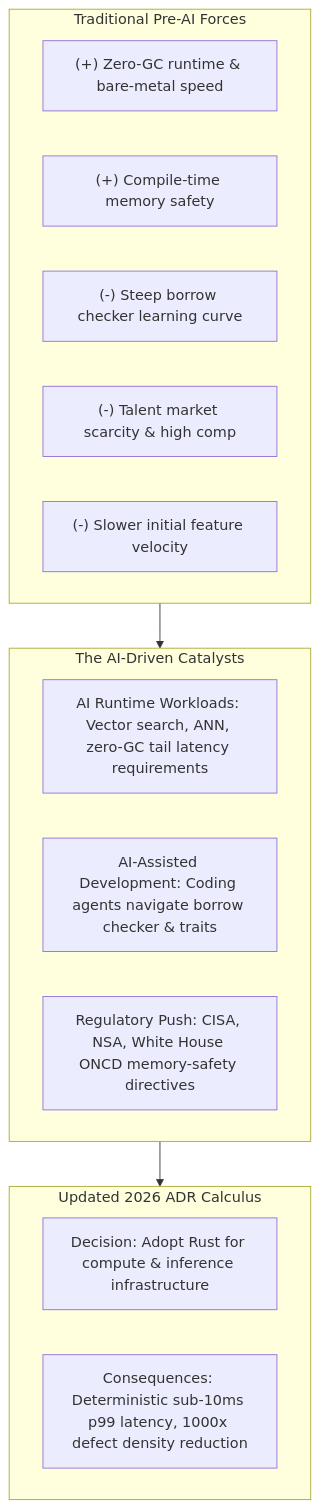
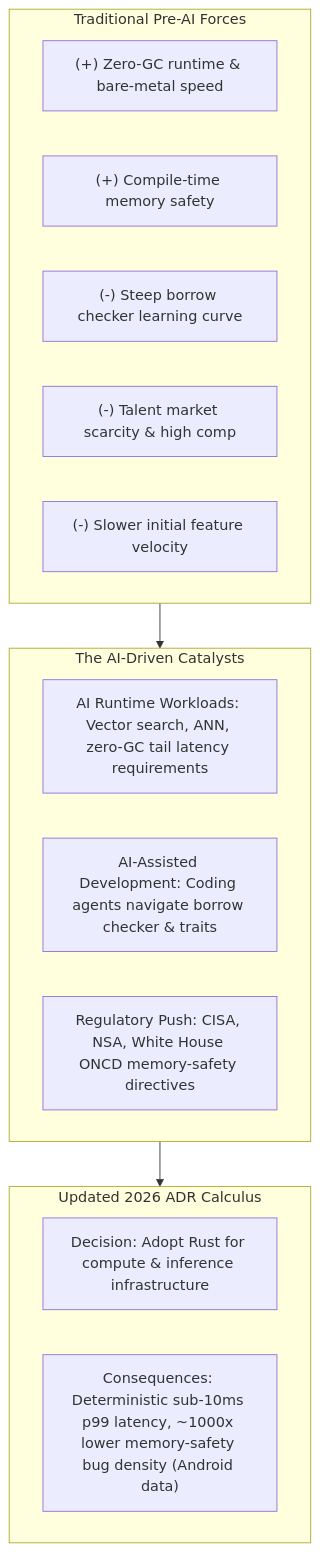
One commit to marcelomiyake/marcelomiyake.github.io changed the first of 2 diagrams in _posts/2026-10-08-ai-adrs-rust-adoption.markdown. Above: the diagram before and after it, drawn with Mermaid. The commit also changed other lines of this file and 21 other files, not shown here.

First line of the commit message:
fix(blog): update facts, make diagrams legible, and align translations

````diff
--- a/_posts/2026-10-08-ai-adrs-rust-adoption.markdown
+++ b/_posts/2026-10-08-ai-adrs-rust-adoption.markdown
@@ -17,26 +17,26 @@
 ```mermaid
 flowchart TD
     accTitle: How AI shifts the trade-off forces in an enterprise Rust ADR
     accDescr: Pre-AI forces balanced runtime safety against developer velocity penalties. AI introduces extreme runtime latency constraints from vector workloads while AI coding agents compress the learning curve and compiler feedback loop, shifting the ADR toward adoption.
     subgraph PreAI ["Traditional Pre-AI Forces"]
         P1["(+) Zero-GC runtime & bare-metal speed"]
         P2["(+) Compile-time memory safety"]
         N1["(-) Steep borrow checker learning curve"]
         N2["(-) Talent market scarcity & high comp"]
         N3["(-) Slower initial feature velocity"]
     end
 
     subgraph AIShifts ["The AI-Driven Catalysts"]
         AI_Run["AI Runtime Workloads: Vector search, ANN, zero-GC tail latency requirements"]
         AI_Dev["AI-Assisted Development: Coding agents navigate borrow checker & traits"]
         Gov["Regulatory Push: CISA, NSA, White House ONCD memory-safety directives"]
     end
 
     subgraph ModernADR ["Updated 2026 ADR Calculus"]
         Dec["Decision: Adopt Rust for compute & inference infrastructure"]
-        Cons["Consequences: Deterministic sub-10ms p99 latency, 1000x defect density reduction"]
+        Cons["Consequences: Deterministic sub-10ms p99 latency, ~1000x lower memory-safety bug density (Android data)"]
     end
 
     PreAI --> AIShifts
     AIShifts --> ModernADR
 ```
````
